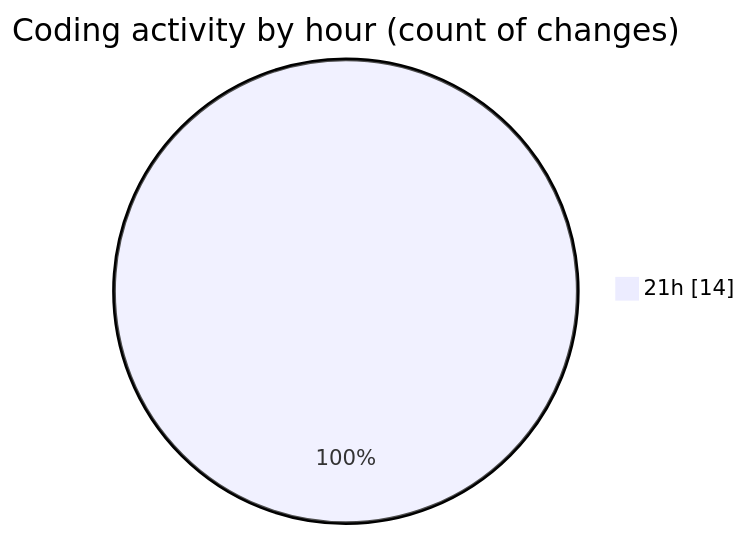
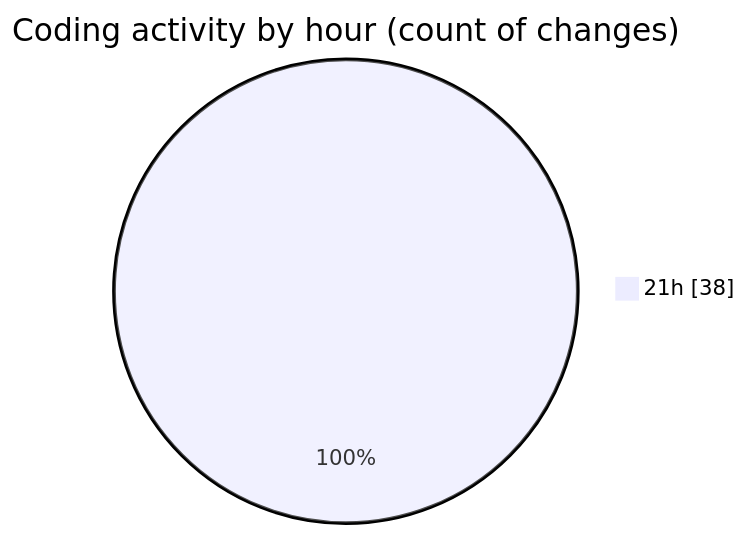
One commit to Netris89/code-tracking changed the second of 2 diagrams in 2025-04-29/date/README.md. Above: the diagram before and after it, drawn with Mermaid. The commit also changed other lines of this file and 1 other file, not shown here.

````diff
--- a/2025-04-29/date/README.md
+++ b/2025-04-29/date/README.md
@@ -30,5 +30,5 @@
 ```mermaid
 pie showData
 title Coding activity by hour (count of changes)
-"21h" : 14
+"21h" : 38
 ```
````
